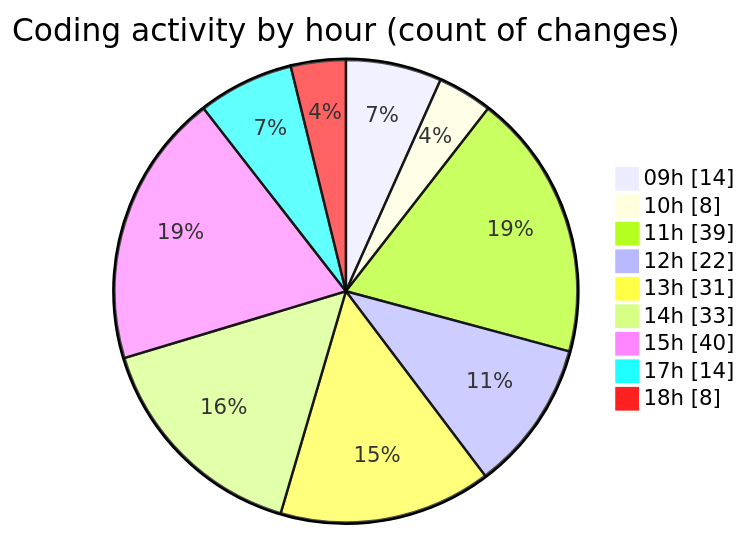
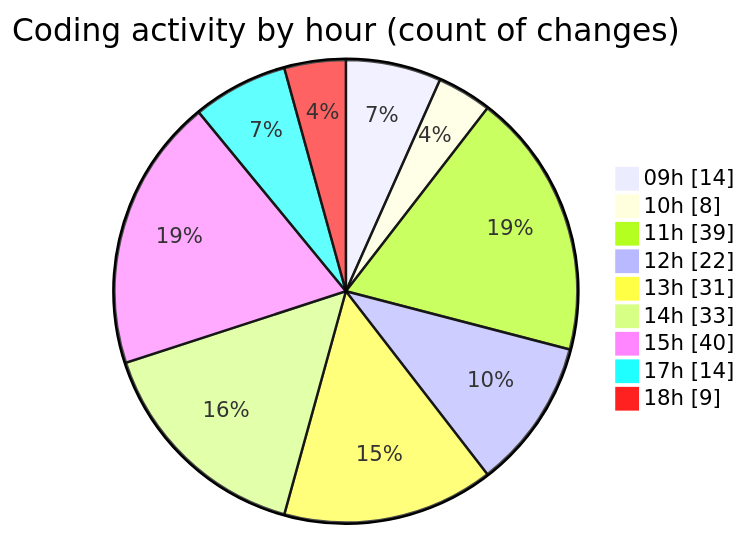
The second of 2 diagrams in 2025-02-07/cda/README.md (momahboobian/code-tracking), drawn with Mermaid before and after one commit. The commit also changed other lines of this file and 1 other file, not shown here.

````diff
--- a/2025-02-07/cda/README.md
+++ b/2025-02-07/cda/README.md
@@ -70,13 +70,13 @@
 ```mermaid
 pie showData
 title Coding activity by hour (count of changes)
 "09h" : 14
 "10h" : 8
 "11h" : 39
 "12h" : 22
 "13h" : 31
 "14h" : 33
 "15h" : 40
 "17h" : 14
-"18h" : 8
+"18h" : 9
 ```
````
